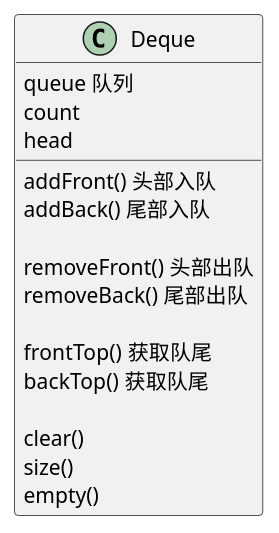
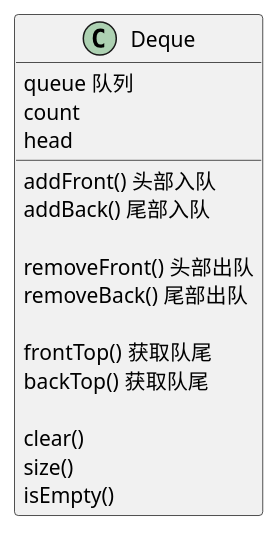
The diagram in src/queue/Deque.puml (GenkiChiang/dsaa), drawn with PlantUML before and after one commit. The commit also changed 20 other files, not shown here.

```diff
--- a/src/queue/Deque.puml
+++ b/src/queue/Deque.puml
@@ -1,22 +1,22 @@
 @startuml
 
 class Deque {
 queue 队列
 count
 head
 
 
 addFront() 头部入队
 addBack() 尾部入队
 
 removeFront() 头部出队
 removeBack() 尾部出队
 
 frontTop() 获取队尾
 backTop() 获取队尾
 
 clear()
 size()
-empty()
+isEmpty()
 }
 @enduml
```
